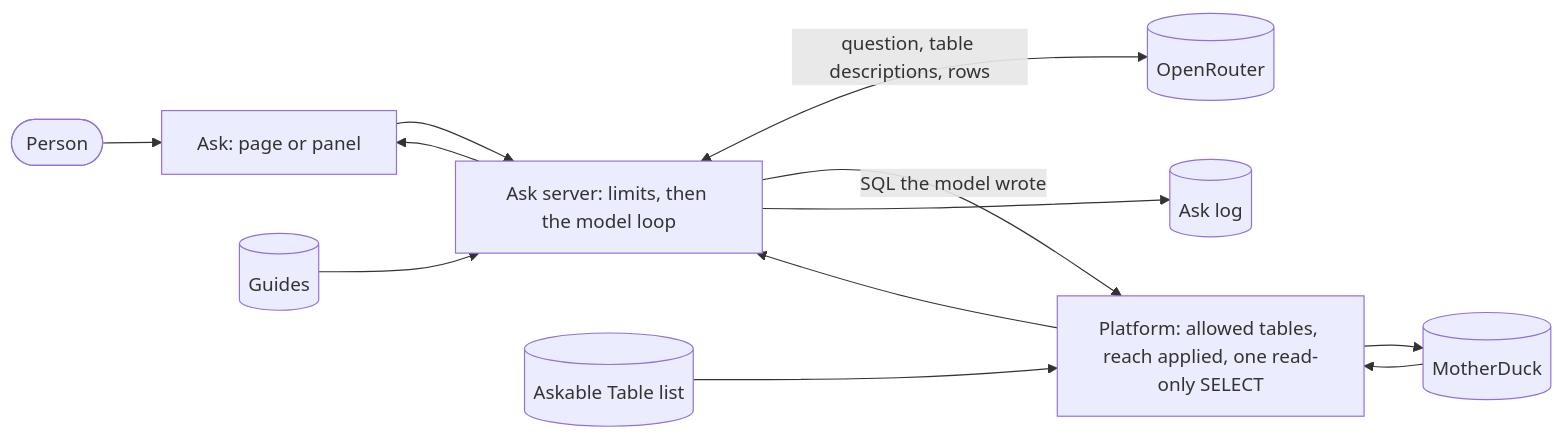
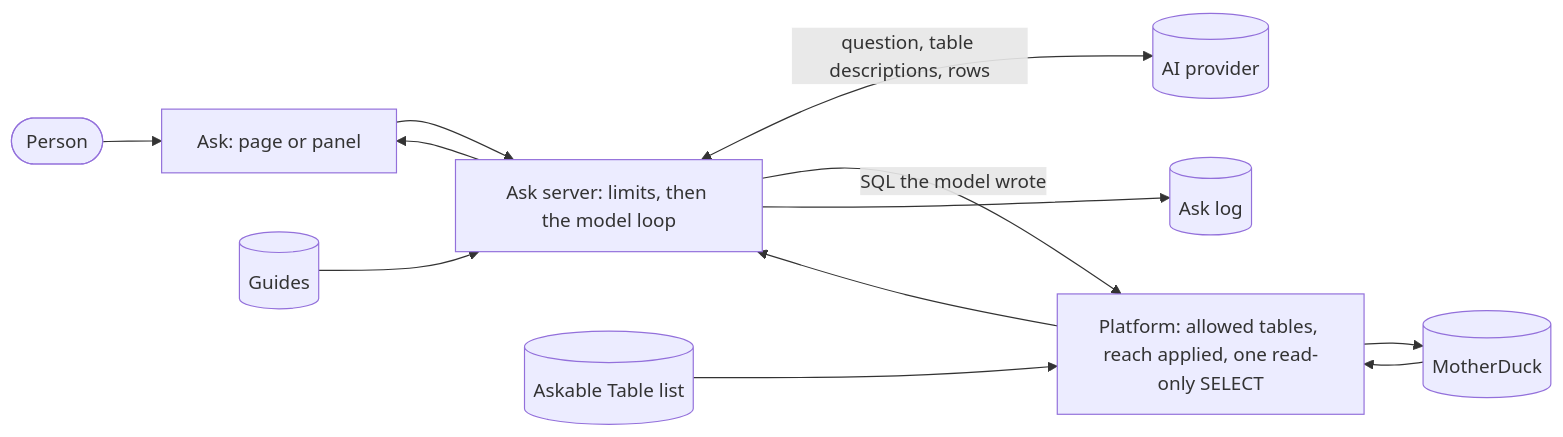
The diagram in openspec/changes/issue-1371-feather-ask/design.md (siraj-samsudeen/featherbase), drawn with Mermaid before and after one commit. The commit also changed other lines of this file and 4 other files, not shown here.

First line of the commit message:
Prototype: Ask's AI door also speaks to OpenCode Zen; design and proposal name the provider

````diff
--- a/openspec/changes/issue-1371-feather-ask/design.md
+++ b/openspec/changes/issue-1371-feather-ask/design.md
@@ -5,12 +5,12 @@
 ```mermaid
 flowchart LR
   person([Person]) --> box[Ask: page or panel]
   box --> door[Ask server: limits, then the model loop]
-  door <-->|question, table descriptions, rows| router[(OpenRouter)]
+  door <-->|question, table descriptions, rows| router[(AI provider)]
   door -->|SQL the model wrote| fence[Platform: allowed tables, reach applied, one read-only SELECT]
   fence --> wh[(MotherDuck)]
   wh --> fence --> door --> box
   door --> log[(Ask log)]
   list[(Askable Table list)] --> fence
   guides[(Guides)] --> door
 ```
````
